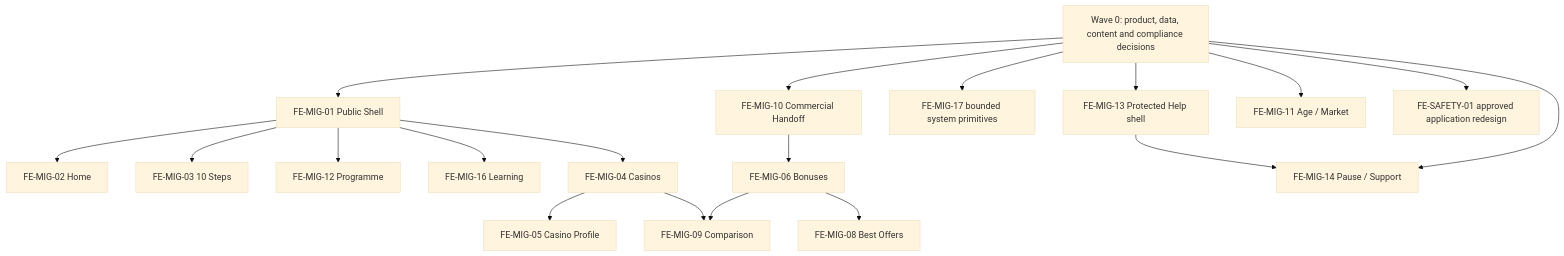
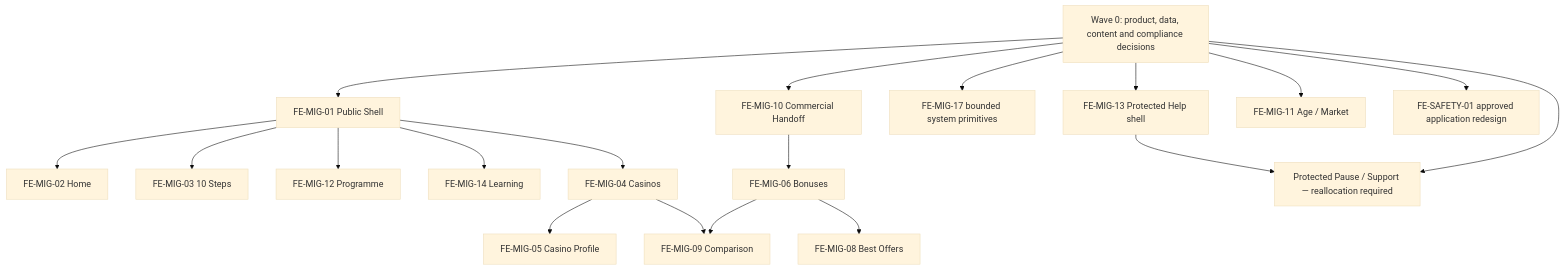
Before and after one commit to AlexG-7BE/sevenbet-next: the diagram in docs/02_Product_Design/Frontend-Migration-Audit-and-P0-Implementation-Plan.md, drawn with Mermaid (base theme). The commit also changed other lines of this file and 23 other files, not shown here.

Commit message:
feat: implement FE-MIG-14 learning center

````diff
--- a/docs/02_Product_Design/Frontend-Migration-Audit-and-P0-Implementation-Plan.md
+++ b/docs/02_Product_Design/Frontend-Migration-Audit-and-P0-Implementation-Plan.md
@@ -538,39 +538,39 @@
 ```mermaid
 flowchart TD
   D0["Wave 0: product, data, content and compliance decisions"]
   SHELL["FE-MIG-01 Public Shell"]
   HELP["FE-MIG-13 Protected Help shell"]
   SYS["FE-MIG-17 bounded system primitives"]
   HOME["FE-MIG-02 Home"]
   TEN["FE-MIG-03 10 Steps"]
   PROG["FE-MIG-12 Programme"]
-  LEARN["FE-MIG-16 Learning"]
+  LEARN["FE-MIG-14 Learning"]
   CAS["FE-MIG-04 Casinos"]
   PROFILE["FE-MIG-05 Casino Profile"]
   HANDOFF["FE-MIG-10 Commercial Handoff"]
   BONUS["FE-MIG-06 Bonuses"]
   BEST["FE-MIG-08 Best Offers"]
   COMPARE["FE-MIG-09 Comparison"]
   MARKET["FE-MIG-11 Age / Market"]
-  SUPPORT["FE-MIG-14 Pause / Support"]
+  SUPPORT["Protected Pause / Support — reallocation required"]
   SAFETY["FE-SAFETY-01 approved application redesign"]
 
   D0 --> SHELL
   D0 --> HELP
   D0 --> SYS
   SHELL --> HOME
   SHELL --> TEN
   SHELL --> PROG
   SHELL --> LEARN
   SHELL --> CAS
   CAS --> PROFILE
   D0 --> HANDOFF
   HANDOFF --> BONUS
   BONUS --> BEST
   CAS --> COMPARE
   BONUS --> COMPARE
   D0 --> MARKET
   HELP --> SUPPORT
   D0 --> SUPPORT
   D0 --> SAFETY
 ```
````
